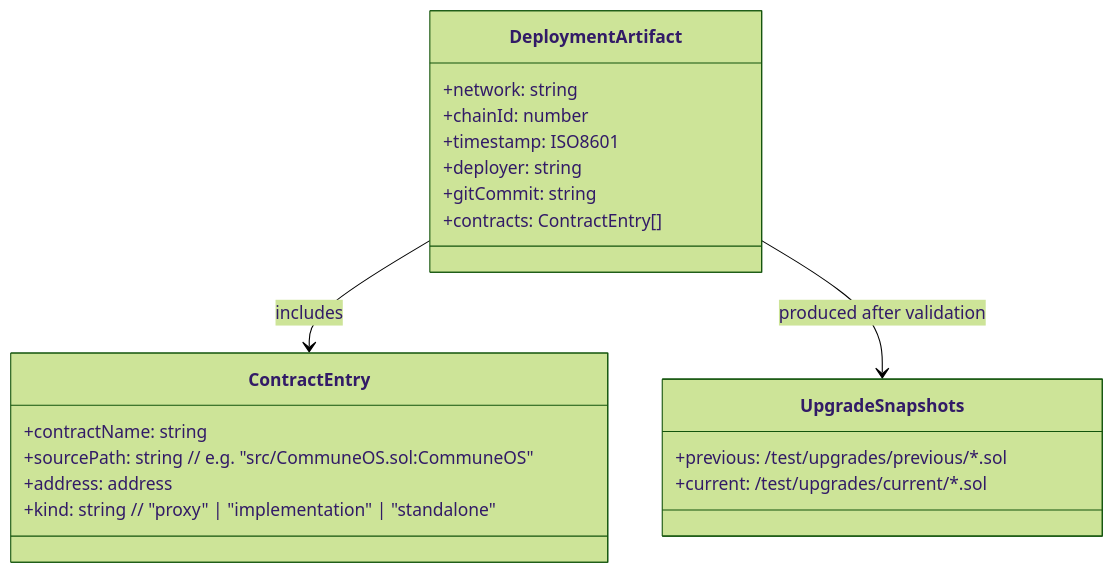
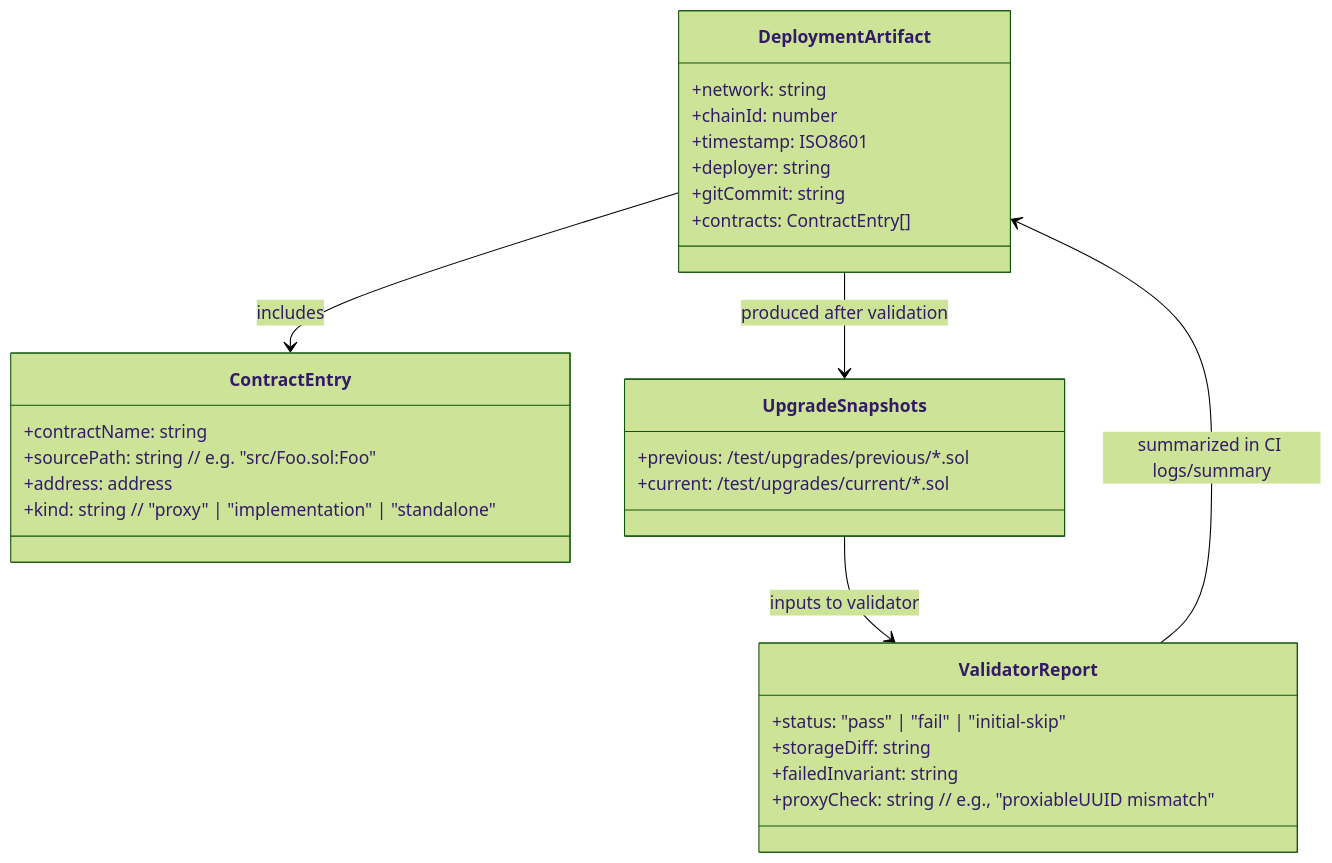
One commit to BreadchainCoop/etherform changed the third of 3 diagrams in docs/specs/ci-cd-automated-deployments.md. Above: the diagram before and after it, drawn with Mermaid (forest theme). The commit also changed other lines of this file, not shown here.

Commit message:
docs: expand UML diagrams to detail upgrade-safety flow

````diff
--- a/docs/specs/ci-cd-automated-deployments.md
+++ b/docs/specs/ci-cd-automated-deployments.md
@@ -248,23 +285,32 @@
 ```mermaid
 classDiagram
 class DeploymentArtifact {
   +network: string
   +chainId: number
   +timestamp: ISO8601
   +deployer: string
   +gitCommit: string
   +contracts: ContractEntry[]
 }
 class ContractEntry {
   +contractName: string
-  +sourcePath: string  // e.g. "src/CommuneOS.sol:CommuneOS"
+  +sourcePath: string  // e.g. "src/Foo.sol:Foo"
   +address: address
   +kind: string        // "proxy" | "implementation" | "standalone"
 }
 class UpgradeSnapshots {
   +previous: /test/upgrades/previous/*.sol
   +current:  /test/upgrades/current/*.sol
 }
+class ValidatorReport {
+  +status: "pass" | "fail" | "initial-skip"
+  +storageDiff: string
+  +failedInvariant: string
+  +proxyCheck: string  // e.g., "proxiableUUID mismatch"
+}
+
 DeploymentArtifact --> ContractEntry : includes
 DeploymentArtifact --> UpgradeSnapshots : produced after validation
+UpgradeSnapshots --> ValidatorReport : inputs to validator
+ValidatorReport --> DeploymentArtifact : summarized in CI logs/summary
 ```
````
